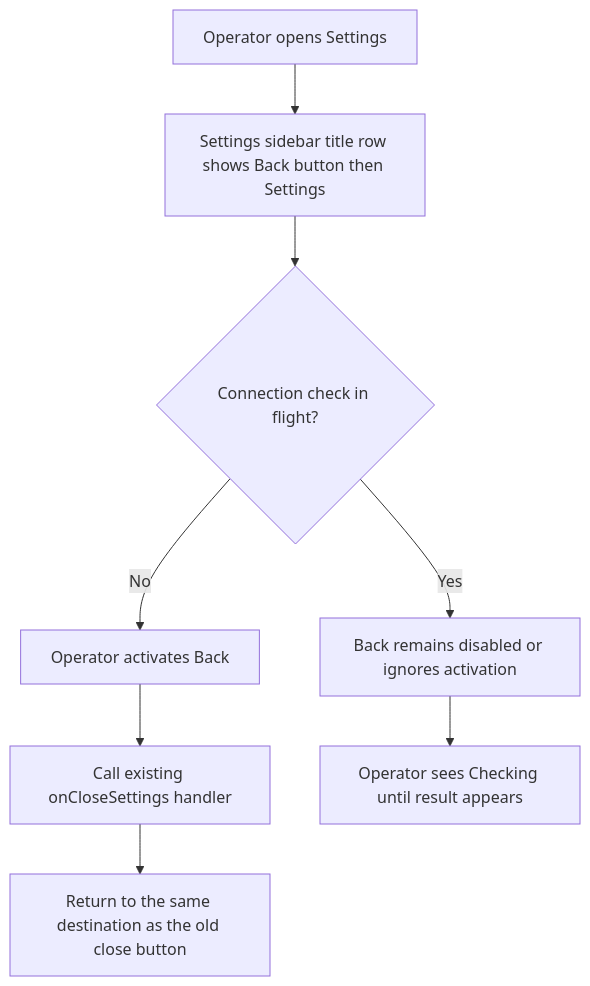
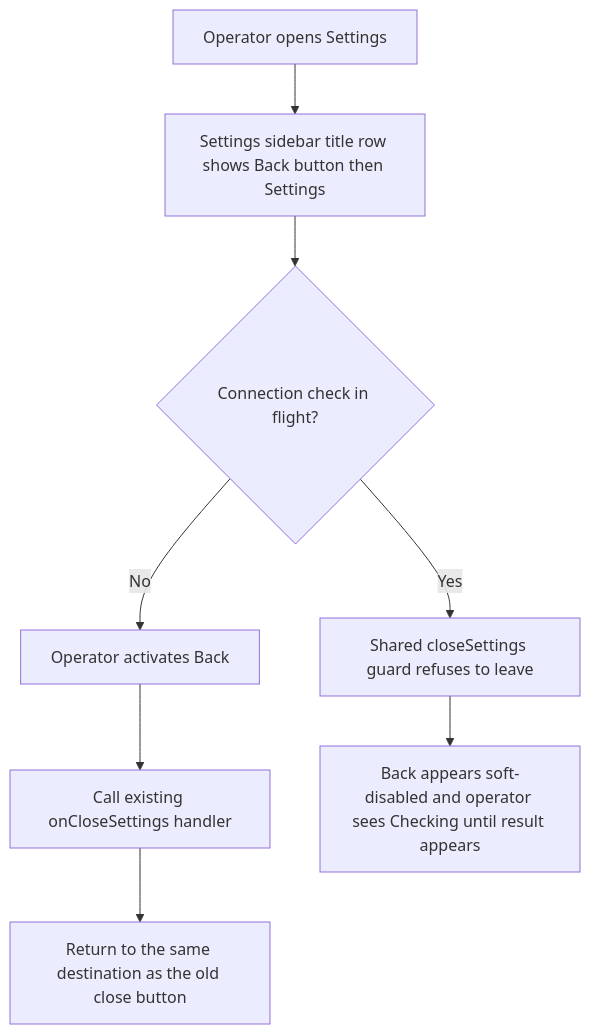
Before and after one commit to markdstafford/autocatalyst: the first of 4 diagrams in context-human/specs/feature-settings-back-button-connection-apply-on-commit.md, drawn with Mermaid. The commit also changed other lines of this file, not shown here.

Commit message:
docs: revise feature spec settings-back-button-connection-apply-on-commit

````diff
--- a/context-human/specs/feature-settings-back-button-connection-apply-on-commit.md
+++ b/context-human/specs/feature-settings-back-button-connection-apply-on-commit.md
@@ -95,10 +93,10 @@
 ```mermaid
 graph TD
     A[Operator opens Settings] --> B[Settings sidebar title row shows Back button then Settings]
     B --> C{Connection check in flight?}
     C -- No --> D[Operator activates Back]
     D --> E[Call existing onCloseSettings handler]
     E --> F[Return to the same destination as the old close button]
-    C -- Yes --> G[Back remains disabled or ignores activation]
-    G --> H[Operator sees Checking until result appears]
+    C -- Yes --> G[Shared closeSettings guard refuses to leave]
+    G --> H[Back appears soft-disabled and operator sees Checking until result appears]
 ```
````
